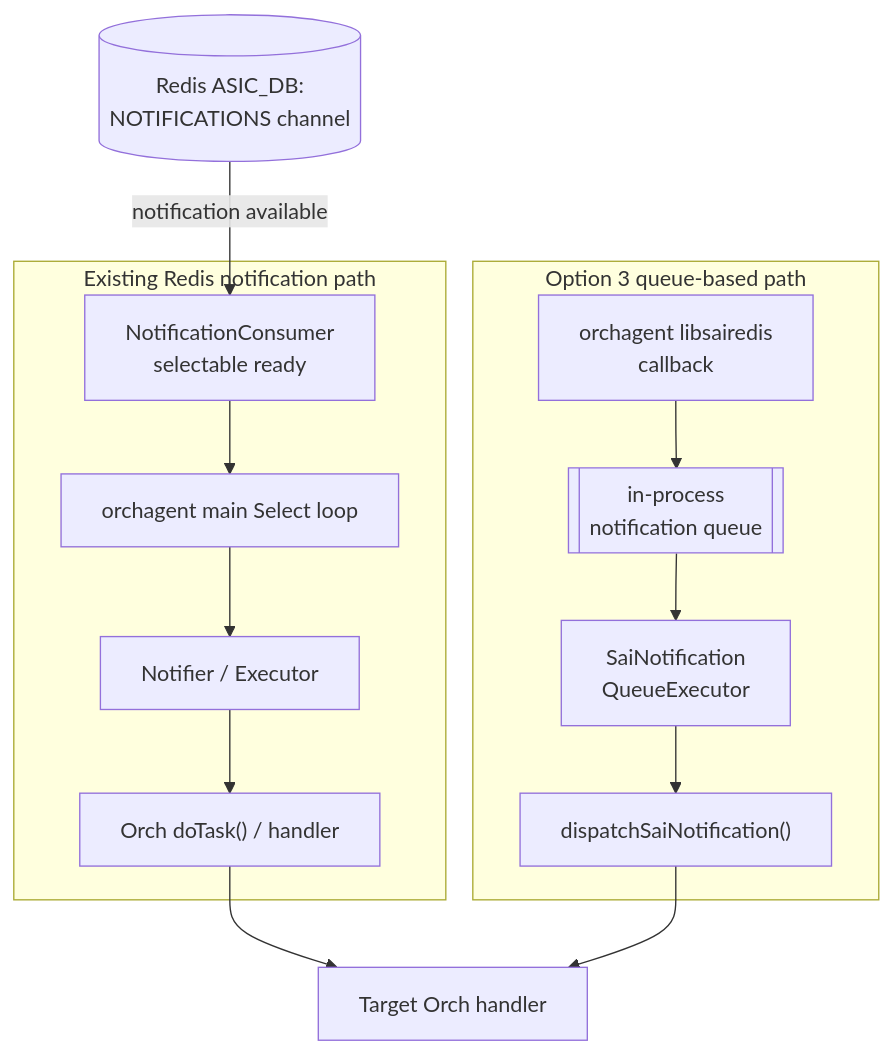
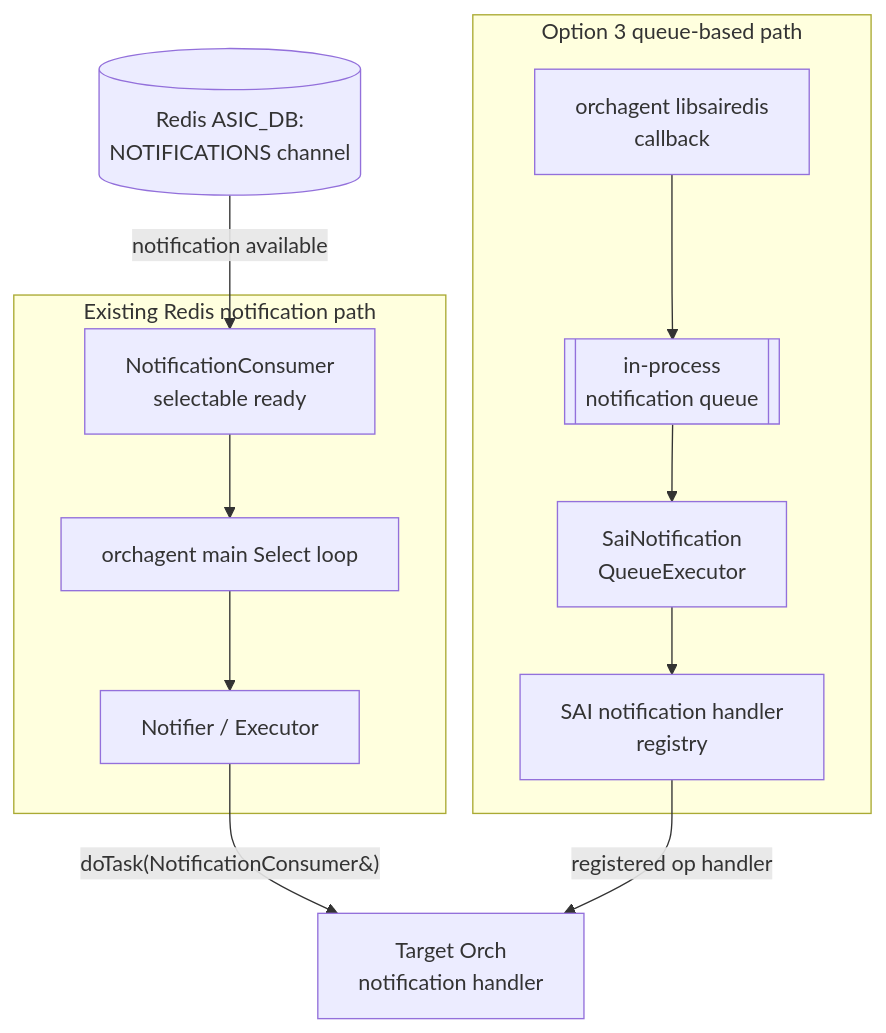
Before and after one commit to sonic-net/sonic-buildimage: the eighth of 11 diagrams in hld/zmq-southbound-sai-notification-handling.md, drawn with Mermaid. The commit also changed other lines of this file, not shown here.

First line of the commit message:
Update ZMQ SAI notification Option 3 HLD

````diff
--- a/hld/zmq-southbound-sai-notification-handling.md
+++ b/hld/zmq-southbound-sai-notification-handling.md
@@ -455,32 +449,30 @@
 ```mermaid
 flowchart TD
     redisNotifications[("Redis ASIC_DB:<br/>NOTIFICATIONS channel")]
 
     subgraph redisPath["Existing Redis notification path"]
         redisConsumerReady["NotificationConsumer<br/>selectable ready"]
         redisMainLoop["orchagent main Select loop"]
         notifier["Notifier / Executor"]
-        redisDoTask["Orch doTask() / handler"]
     end
 
     subgraph option3Path["Option 3 queue-based path"]
         libsairedisCallback["orchagent libsairedis<br/>callback"]
         notificationQueue[["in-process<br/>notification queue"]]
         queueExecutor["SaiNotification<br/>QueueExecutor"]
-        option3Dispatch["dispatchSaiNotification()"]
+        dispatcher["SAI notification handler<br/>registry"]
     end
 
-    targetHandler["Target Orch handler"]
+    targetHandler["Target Orch<br/>notification handler"]
 
     redisNotifications -->|"notification available"| redisConsumerReady
     redisConsumerReady --> redisMainLoop
     redisMainLoop --> notifier
-    notifier --> redisDoTask
-    redisDoTask --> targetHandler
+    notifier -->|"doTask(NotificationConsumer&)"| targetHandler
 
     libsairedisCallback --> notificationQueue
     notificationQueue --> queueExecutor
-    queueExecutor --> option3Dispatch
-    option3Dispatch --> targetHandler
+    queueExecutor --> dispatcher
+    dispatcher -->|"registered op handler"| targetHandler
 
 ```
````
